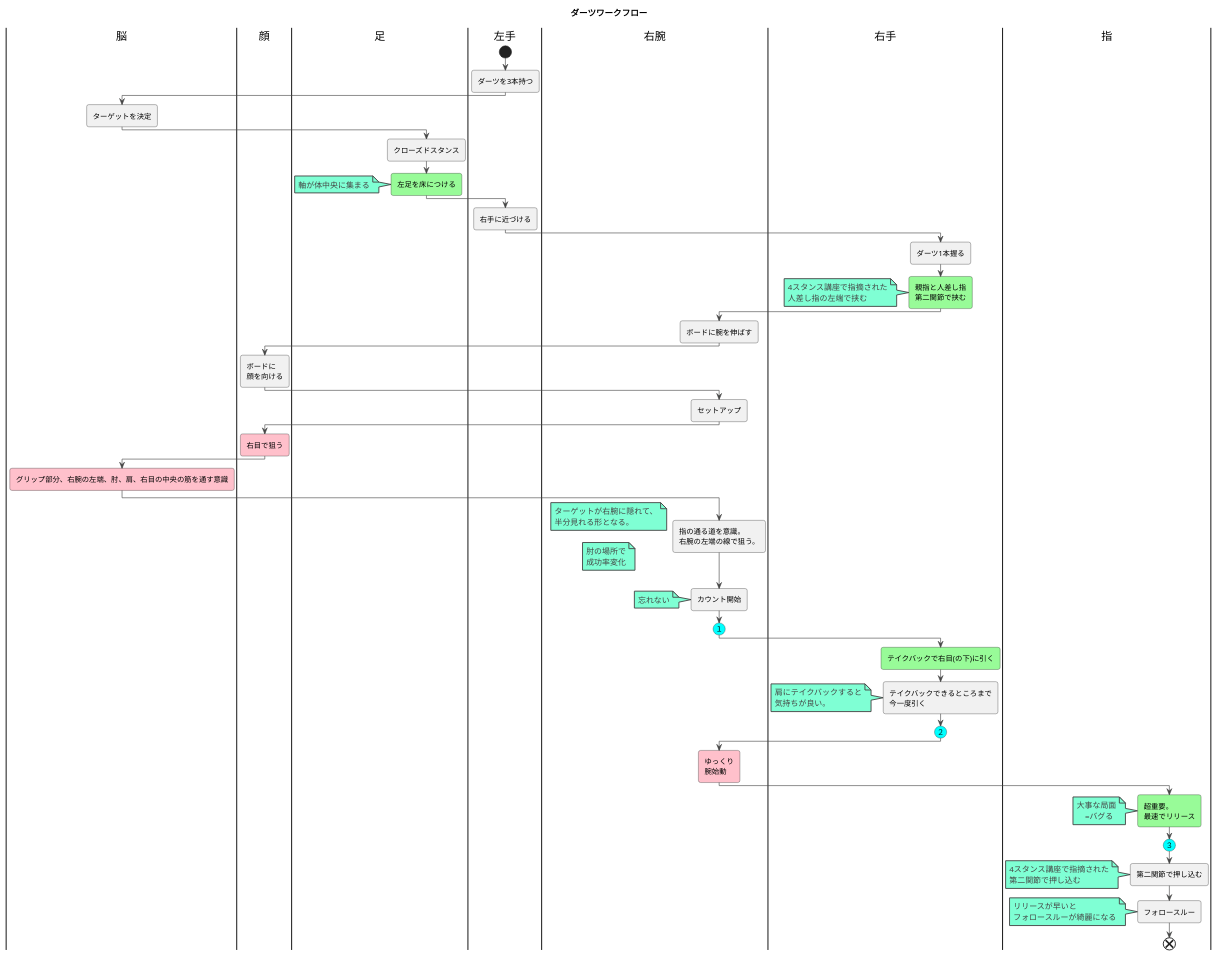
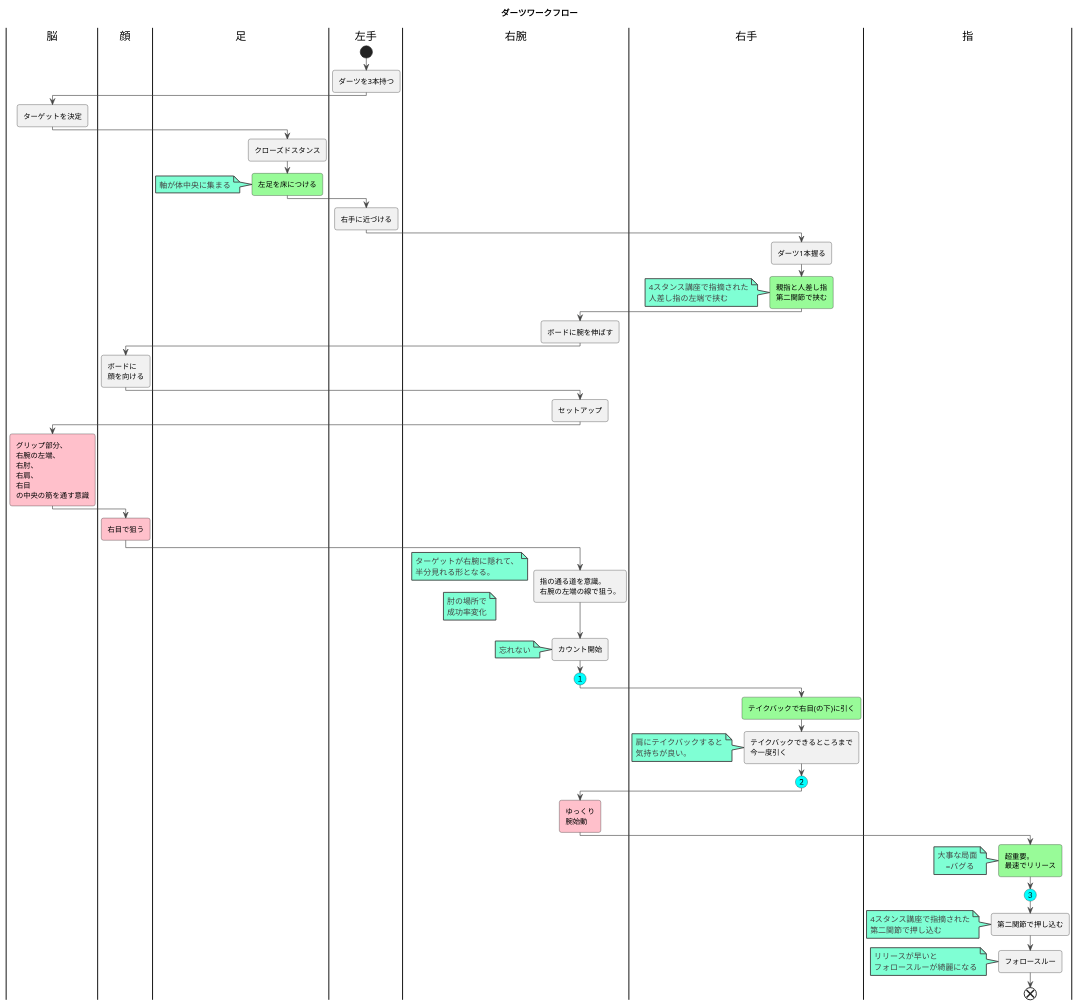
Before and after one commit to darts-cloud/dartsFlow: the diagram in dartsFlow.plantuml, drawn with PlantUML.

```diff
--- a/dartsFlow.plantuml
+++ b/dartsFlow.plantuml
@@ -1,130 +1,135 @@
 @startuml
 title ダーツワークフロー
 
 
 
 !theme vibrant
 
 |脳|
 |顔|
 |足|
 |左手|
 |右腕|
 |左手|
 start
 :ダーツを3本持つ;
 |脳|
 :ターゲットを決定;
 |足|
 :クローズドスタンス;
 #palegreen:左足を床につける;
 note
   軸が体中央に集まる
 end note
 /'
 ################
 ##pink:左足を右足よりも
 #後ろに下げる;
 ################
 '/
 
 |左手|
 :右手に近づける;
 |右手|
 :ダーツ1本握る;
 #palegreen:親指と人差し指
 第二関節で挟む;
 note
   4スタンス講座で指摘された
   人差し指の左端で挟む
 end note
 
 |右腕|
 :ボードに腕を伸ばす;
 
 |顔|
 :ボードに
 顔を向ける;
 |右腕|
 :セットアップ;
+|脳|
+#pink:グリップ部分、
+右腕の左端、
+右肘、
+右肩、
+右目
+の中央の筋を通す意識;
 |顔|
 #pink:右目で狙う;
-|脳|
-#pink:グリップ部分、右腕の左端、肘、肩、右目の中央の筋を通す意識;
 |右腕|
 :指の通る道を意識。
 右腕の左端の線で狙う。;
 note
 ターゲットが右腕に隠れて、
 半分見れる形となる。
 end note
 
 note
 肘の場所で
 成功率変化
 end note
 
 |右腕|
 :カウント開始;
 
 note
     忘れない
 end note
 
 
 #Aqua:(１)
 
 |右手|
 
 #palegreen:テイクバックで右目(の下)に引く;
 
 :テイクバックできるところまで
 今一度引く;
 
 note
     肩にテイクバックすると
     気持ちが良い。
 end note
 
 #Aqua:(２)
 
 /'
 #pink:肘固定意識;
 note
     固定が甘い
     →飛ばない
 end note
 #pink:肘の裏側意識;
 note
     指の道が
     肘の左側
 end note
 '/
 
 |右腕|
 #pink:ゆっくり
 腕始動;
 |指|
 #palegreen:超重要。
 最速でリリース;
 note
     大事な局面
         =バグる 
 end note
 
 #Aqua:(３)
 
 :第二関節で押し込む;
 note
   4スタンス講座で指摘された
   第二関節で押し込む
 end note
 
 :フォロースルー;
 note
   リリースが早いと
   フォロースルーが綺麗になる
 end note
 
 end
 @enduml
```
